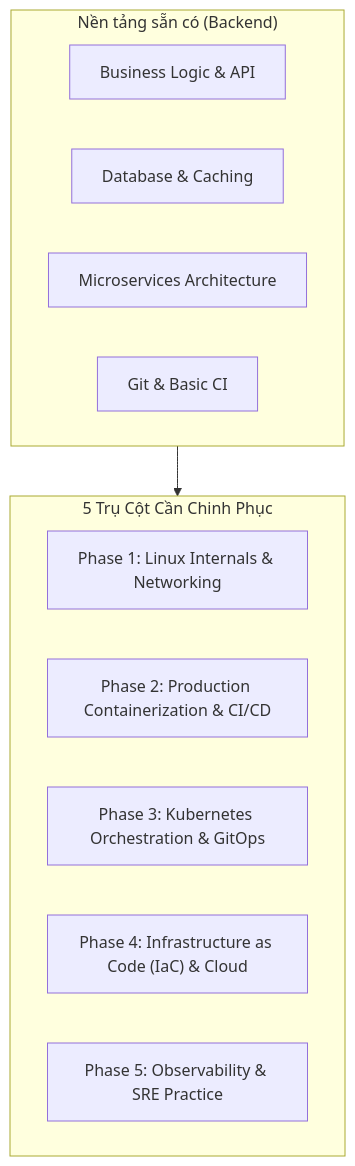
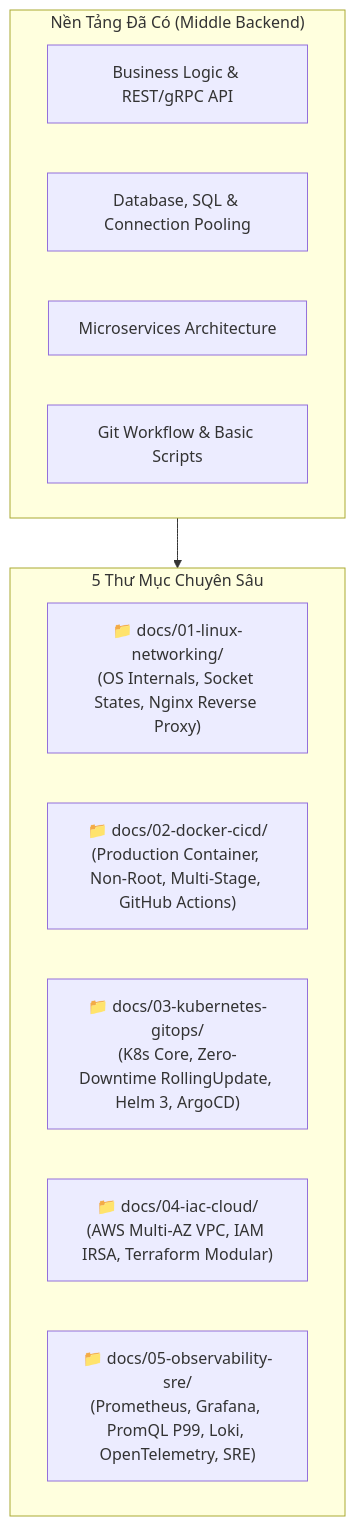
The diagram in README.md (Nam088/devop), drawn with Mermaid before and after one commit. The commit also changed other lines of this file and 32 other files, not shown here.

````diff
--- a/README.md
+++ b/README.md
@@ -9,19 +9,19 @@
 ```mermaid
 flowchart TD
-    subgraph Backend_Goc["Nền tảng sẵn có (Backend)"]
-        B1["Business Logic & API"]
-        B2["Database & Caching"]
+    subgraph BE["Nền Tảng Đã Có (Middle Backend)"]
+        B1["Business Logic & REST/gRPC API"]
+        B2["Database, SQL & Connection Pooling"]
         B3["Microservices Architecture"]
-        B4["Git & Basic CI"]
+        B4["Git Workflow & Basic Scripts"]
     end
 
-    subgraph DevOps_Pillars["5 Trụ Cột Cần Chinh Phục"]
-        P1["Phase 1: Linux Internals & Networking"]
-        P2["Phase 2: Production Containerization & CI/CD"]
-        P3["Phase 3: Kubernetes Orchestration & GitOps"]
-        P4["Phase 4: Infrastructure as Code (IaC) & Cloud"]
-        P5["Phase 5: Observability & SRE Practice"]
+    subgraph Phases["5 Thư Mục Chuyên Sâu"]
+        P1["📁 docs/01-linux-networking/\n(OS Internals, Socket States, Nginx Reverse Proxy)"]
+        P2["📁 docs/02-docker-cicd/\n(Production Container, Non-Root, Multi-Stage, GitHub Actions)"]
+        P3["📁 docs/03-kubernetes-gitops/\n(K8s Core, Zero-Downtime RollingUpdate, Helm 3, ArgoCD)"]
+        P4["📁 docs/04-iac-cloud/\n(AWS Multi-AZ VPC, IAM IRSA, Terraform Modular)"]
+        P5["📁 docs/05-observability-sre/\n(Prometheus, Grafana, PromQL P99, Loki, OpenTelemetry, SRE)"]
     end
 
-    Backend_Goc --> DevOps_Pillars
+    BE --> Phases
 ```
````
